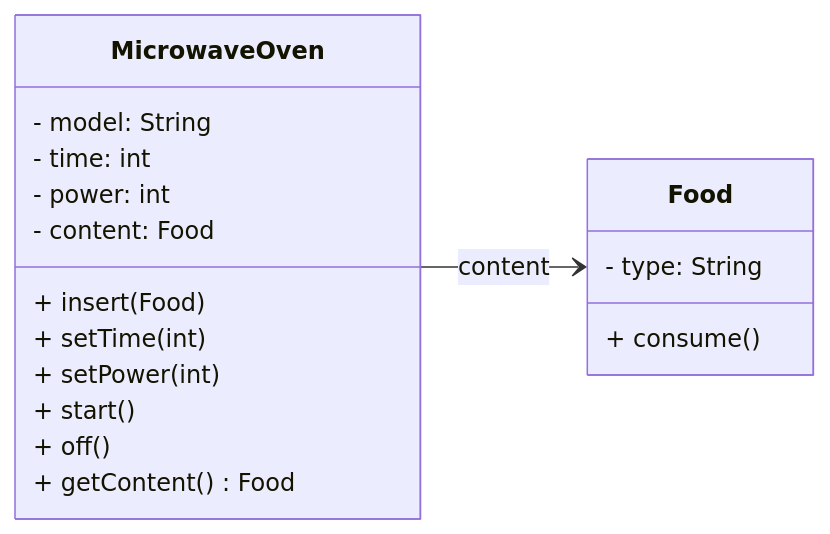
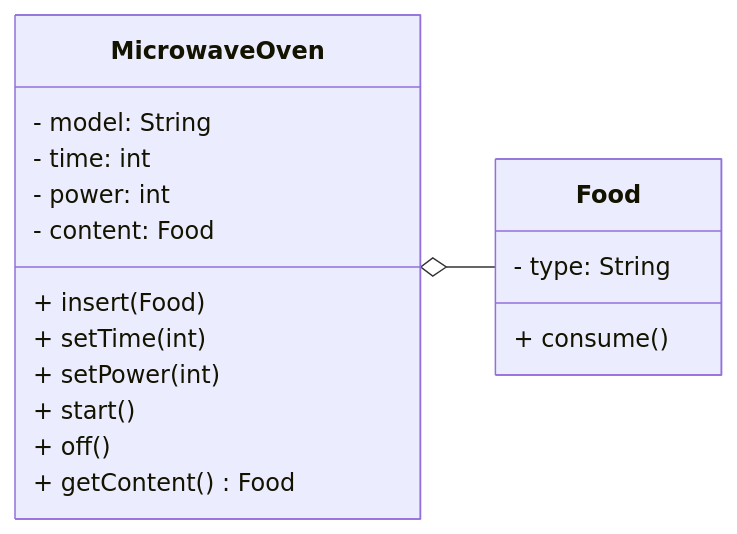
One commit to unibo-lptsi-pss/pss-slides changed the first of 3 diagrams in lecture-markdown/content/03-objects/generator.md. Above: the diagram before and after it, drawn with Mermaid. The commit also changed other lines of this file, not shown here.

````diff
--- a/lecture-markdown/content/03-objects/generator.md
+++ b/lecture-markdown/content/03-objects/generator.md
@@ -81,21 +81,21 @@
 ```mermaid
 classDiagram
   direction LR
   class MicrowaveOven {
     - model: String
     - time: int
     - power: int
     - content: Food
     + insert(Food)
     + setTime(int)
     + setPower(int)
     + start()
     + off()
     + getContent() Food
   }
   class Food {
     - type: String
     + consume()
   }
-  MicrowaveOven --> Food : content
+  MicrowaveOven o-- Food
 ```
````
